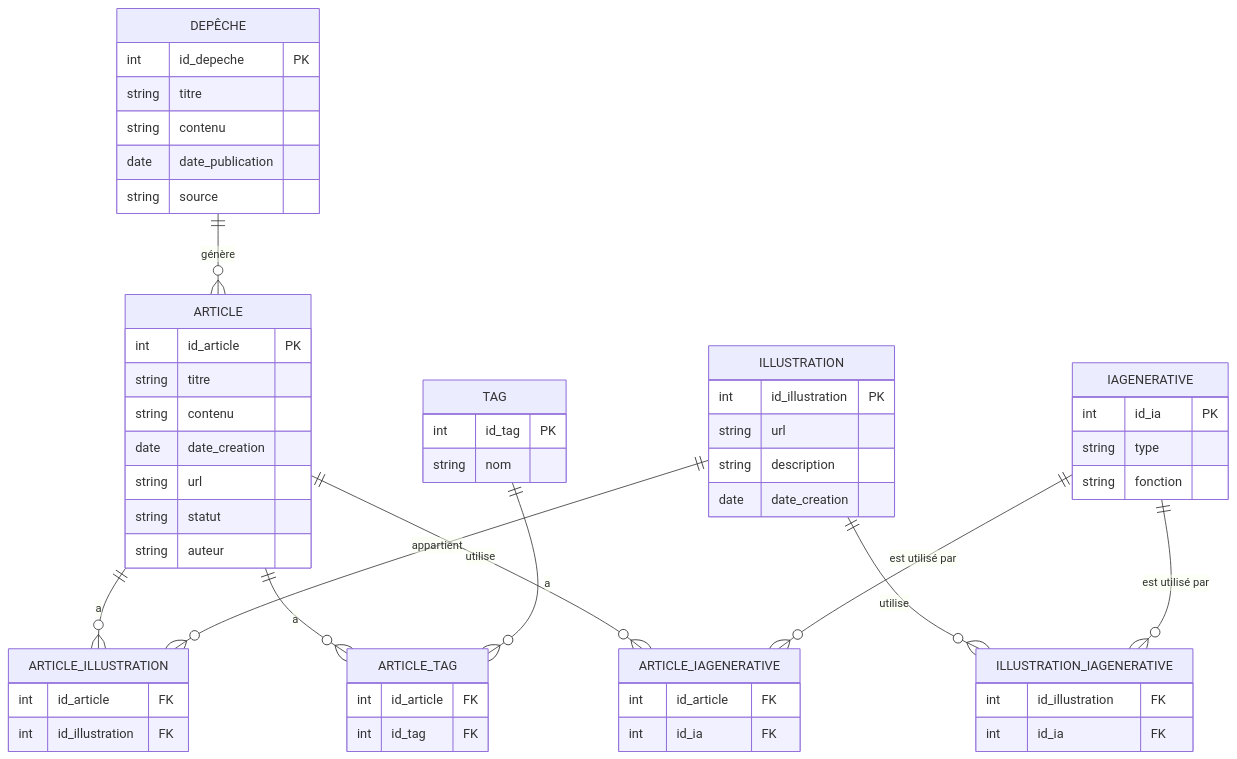
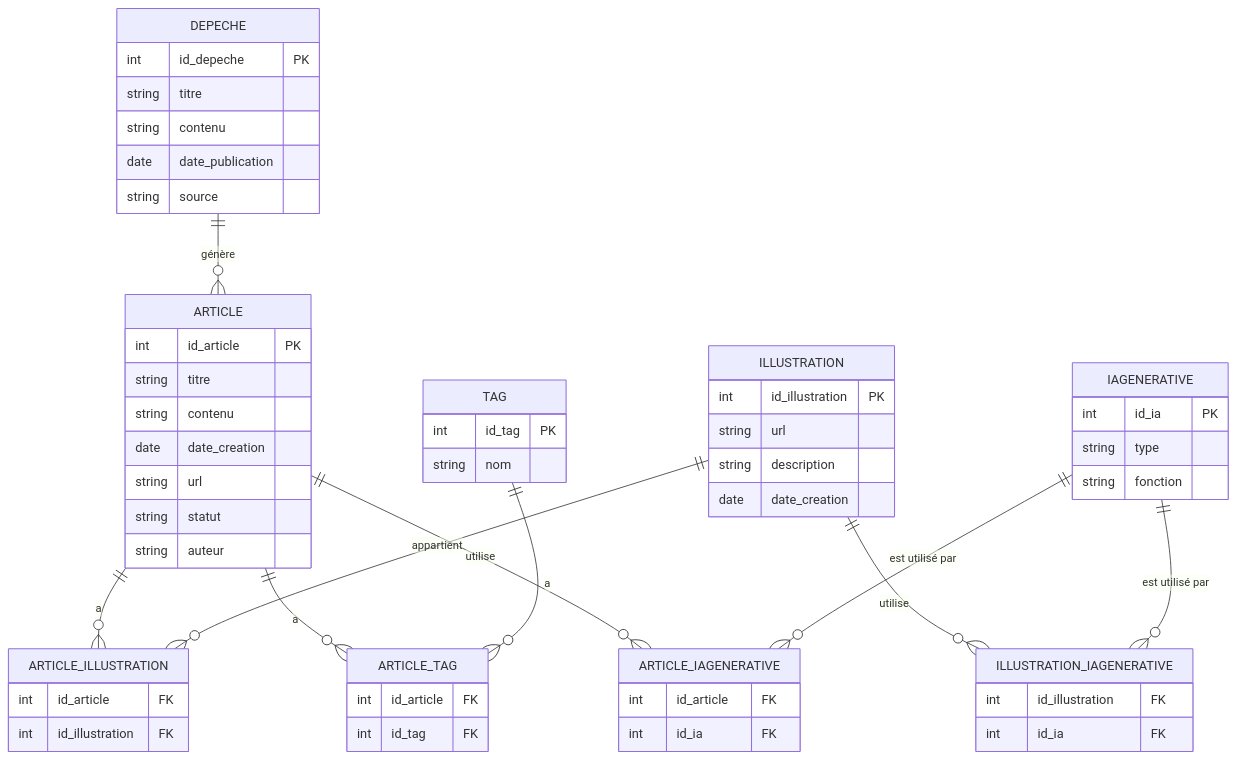
Before and after one commit to iimAtomic/TP_ORM: the second of 6 diagrams in README.md, drawn with Mermaid.

````diff
--- a/README.md
+++ b/README.md
@@ -108,61 +108,62 @@
 ```mermaid
 erDiagram
-    DEPÊCHE {
+    DEPECHE {
         int id_depeche PK
         string titre
         string contenu
         date date_publication
         string source
     }
     ARTICLE {
         int id_article PK
         string titre
         string contenu
         date date_creation
         string url
         string statut
         string auteur
     }
     ILLUSTRATION {
         int id_illustration PK
         string url
         string description
         date date_creation
     }
     TAG {
         int id_tag PK
         string nom
     }
     IAGENERATIVE {
         int id_ia PK
         string type
         string fonction
     }
     ARTICLE_ILLUSTRATION {
         int id_article FK
         int id_illustration FK
     }
     ARTICLE_TAG {
         int id_article FK
         int id_tag FK
     }
     ARTICLE_IAGENERATIVE {
         int id_article FK
         int id_ia FK
     }
     ILLUSTRATION_IAGENERATIVE {
         int id_illustration FK
         int id_ia FK
     }
 
-    DEPÊCHE ||--o{ ARTICLE : "génère"
+    DEPECHE ||--o{ ARTICLE : "génère"
     ARTICLE ||--o{ ARTICLE_ILLUSTRATION : "a"
     ARTICLE ||--o{ ARTICLE_TAG : "a"
     ILLUSTRATION ||--o{ ARTICLE_ILLUSTRATION : "appartient"
     TAG ||--o{ ARTICLE_TAG : "a"
     ARTICLE ||--o{ ARTICLE_IAGENERATIVE : "utilise"
     ILLUSTRATION ||--o{ ILLUSTRATION_IAGENERATIVE : "utilise"
     IAGENERATIVE ||--o{ ARTICLE_IAGENERATIVE : "est utilisé par"
     IAGENERATIVE ||--o{ ILLUSTRATION_IAGENERATIVE : "est utilisé par"
 
+
 ```
````
